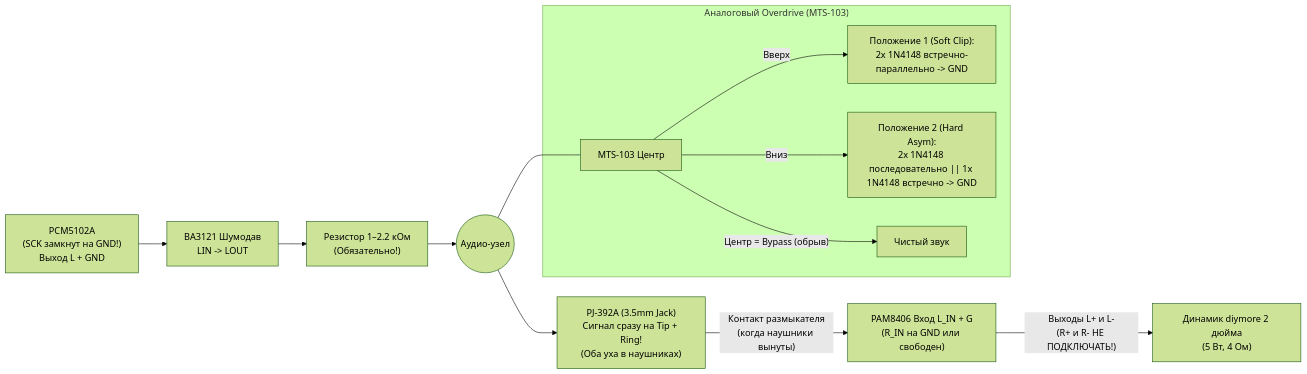
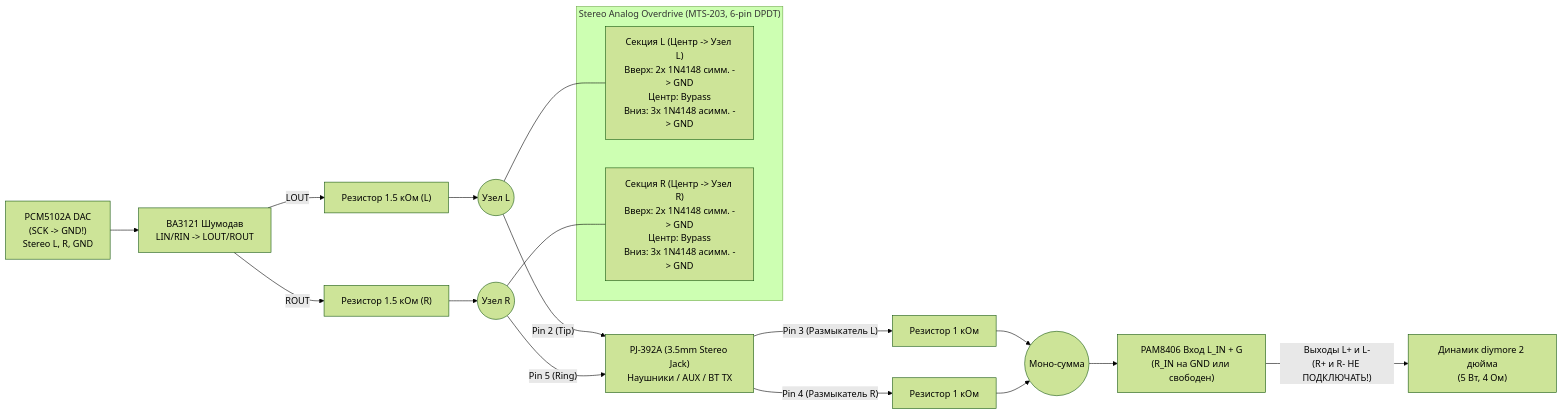
Before and after one commit to onceuponoleg/CyberDeckSynth: the third of 3 diagrams in docs/WIRING_AND_PINOUT.md, drawn with Mermaid (forest theme). The commit also changed other lines of this file, not shown here.

````diff
--- a/docs/WIRING_AND_PINOUT.md
+++ b/docs/WIRING_AND_PINOUT.md
@@ -94,20 +104,24 @@
 ```mermaid
 flowchart LR
-    DAC["PCM5102A<br/>(SCK замкнут на GND!)<br/>Выход L + GND"] --> BA["BA3121 Шумодав<br/>LIN -> LOUT"]
-    BA --> R1["Резистор 1–2.2 кОм<br/>(Обязательно!)"]
-    R1 --> NODE(("Аудио-узел"))
+    DAC["PCM5102A DAC<br/>(SCK -> GND!)<br/>Stereo L, R, GND"] --> BA["BA3121 Шумодав<br/>LIN/RIN -> LOUT/ROUT"]
 
-    subgraph DRIVE["Аналоговый Overdrive (MTS-103)"]
-        SW3["MTS-103 Центр"]
-        D_SOFT["Положение 1 (Soft Clip):<br/>2x 1N4148 встречно-параллельно -> GND"]
-        D_HARD["Положение 2 (Hard Asym):<br/>2x 1N4148 последовательно || 1x 1N4148 встречно -> GND"]
-        SW3 -->|"Вверх"| D_SOFT
-        SW3 -->|"Центр = Bypass (обрыв)"| OFF["Чистый звук"]
-        SW3 -->|"Вниз"| D_HARD
+    BA -->|"LOUT"| RL["Резистор 1.5 кОм (L)"] --> NL(("Узел L"))
+    BA -->|"ROUT"| RR["Резистор 1.5 кОм (R)"] --> NR(("Узел R"))
+
+    subgraph DRIVE["Stereo Analog Overdrive (MTS-203, 6-pin DPDT)"]
+        SWL["Секция L (Центр -> Узел L)<br/>Вверх: 2x 1N4148 симм. -> GND<br/>Центр: Bypass<br/>Вниз: 3x 1N4148 асимм. -> GND"]
+        SWR["Секция R (Центр -> Узел R)<br/>Вверх: 2x 1N4148 симм. -> GND<br/>Центр: Bypass<br/>Вниз: 3x 1N4148 асимм. -> GND"]
     end
 
-    NODE --- SW3
-    NODE --> JACK["PJ-392A (3.5mm Jack)<br/>Сигнал сразу на Tip + Ring!<br/>(Оба уха в наушниках)"]
-    JACK -->|"Контакт размыкателя<br/>(когда наушники вынуты)"| AMP["PAM8406 Вход L_IN + G<br/>(R_IN на GND или свободен)"]
+    NL --- SWL
+    NR --- SWR
+
+    NL -->|"Pin 2 (Tip)"| JACK["PJ-392A (3.5mm Stereo Jack)<br/>Наушники / AUX / BT TX"]
+    NR -->|"Pin 5 (Ring)"| JACK
+
+    JACK -->|"Pin 3 (Размыкатель L)"| SL["Резистор 1 кОм"] --> SUM(("Моно-сумма"))
+    JACK -->|"Pin 4 (Размыкатель R)"| SR["Резистор 1 кОм"] --> SUM
+
+    SUM --> AMP["PAM8406 Вход L_IN + G<br/>(R_IN на GND или свободен)"]
     AMP -->|"Выходы L+ и L-<br/>(R+ и R- НЕ ПОДКЛЮЧАТЬ!)"| SPK["Динамик diymore 2 дюйма<br/>(5 Вт, 4 Ом)"]
 ```
````
